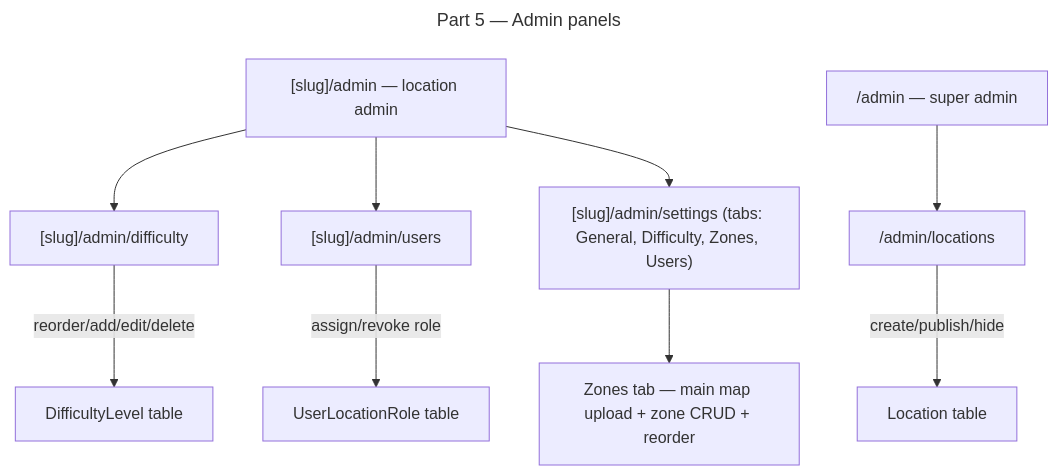
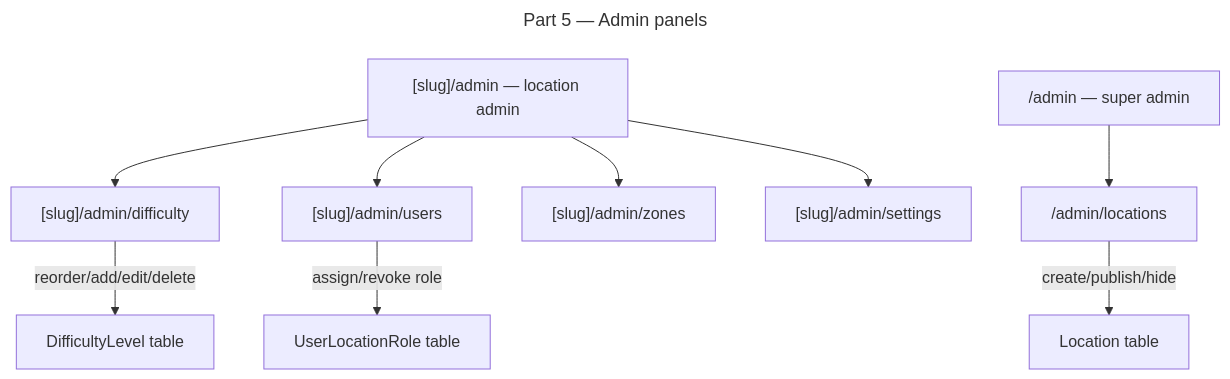
Before and after one commit to jfaussion/Social-paroi: the diagram in aidd_docs/tasks/2026_04/2026_04_12-multi-location-part-5.md, drawn with Mermaid. The commit also changed other lines of this file and 31 other files, not shown here.

First line of the commit message:
feat(admin): implement user management and zone configuration

````diff
--- a/aidd_docs/tasks/2026_04/2026_04_12-multi-location-part-5.md
+++ b/aidd_docs/tasks/2026_04/2026_04_12-multi-location-part-5.md
@@ -49,24 +50,22 @@
 ```mermaid
 ---
 title: Part 5 — Admin panels
 ---
 flowchart TD
   LocationAdmin["[slug]/admin — location admin"]
   DifficultyPage["[slug]/admin/difficulty"]
   UsersPage["[slug]/admin/users"]
+  ZonesPage["[slug]/admin/zones"]
   SettingsPage["[slug]/admin/settings"]
   SuperAdmin["/admin — super admin"]
   LocationsAdmin["/admin/locations"]
 
-  SettingsPage["[slug]/admin/settings (tabs: General, Difficulty, Zones, Users)"]
-  ZonesTab["Zones tab — main map upload + zone CRUD + reorder"]
-
   LocationAdmin --> DifficultyPage
   LocationAdmin --> UsersPage
+  LocationAdmin --> ZonesPage
   LocationAdmin --> SettingsPage
-  SettingsPage --> ZonesTab
   SuperAdmin --> LocationsAdmin
   DifficultyPage -- reorder/add/edit/delete --> DifficultyLevel["DifficultyLevel table"]
   UsersPage -- assign/revoke role --> UserLocationRole["UserLocationRole table"]
   LocationsAdmin -- create/publish/hide --> Location["Location table"]
 ```
````
